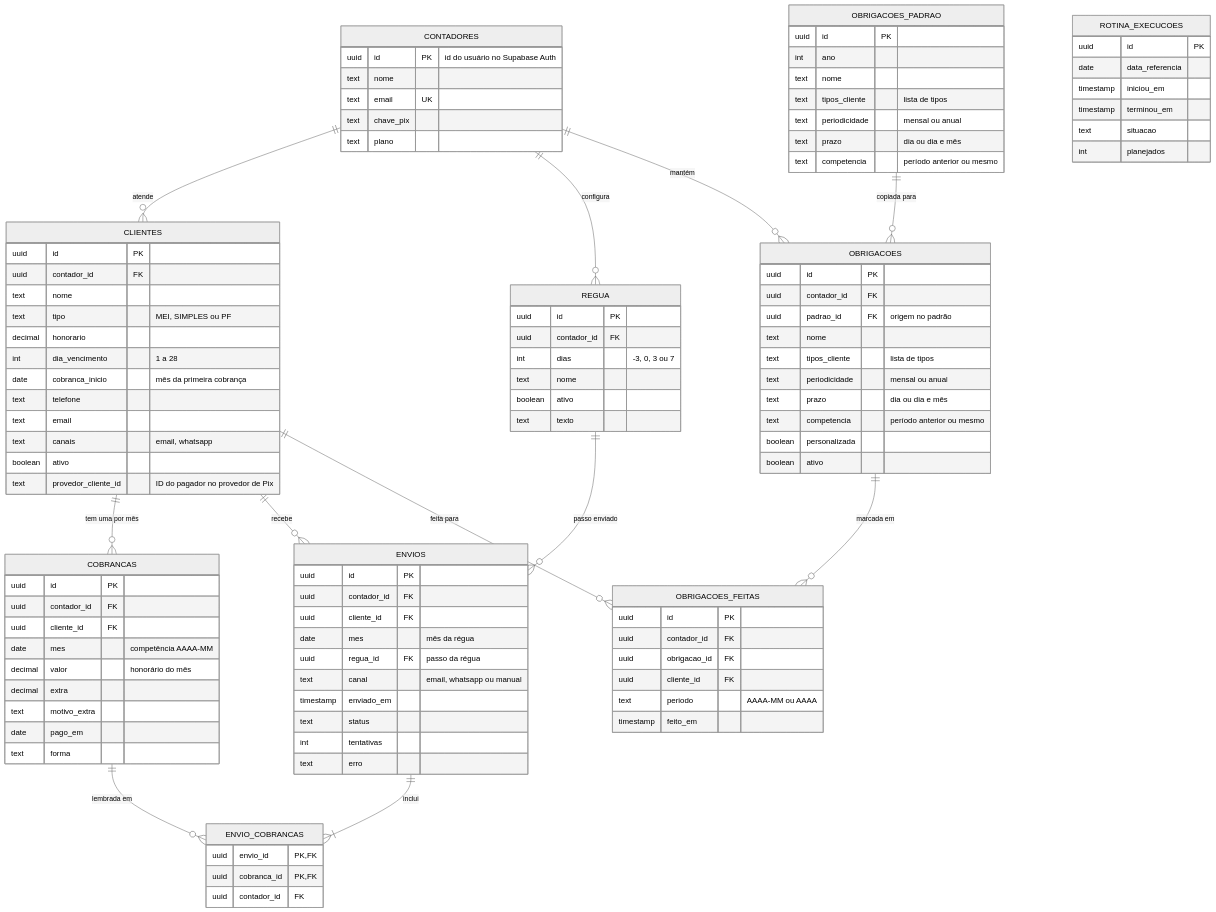
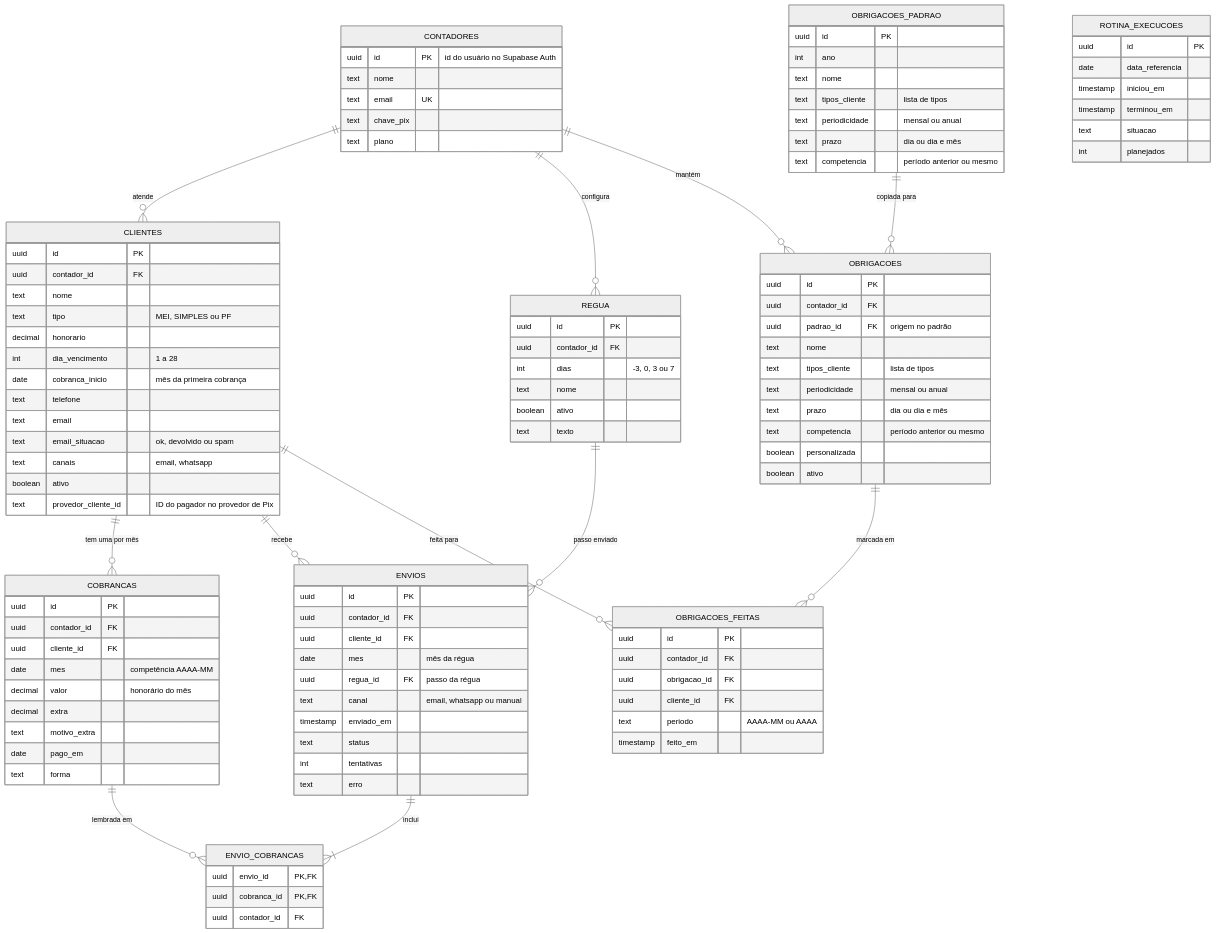
Before and after one commit to 77mdias/neximob: the second of 2 diagrams in docs/SRS.md, drawn with Mermaid (neutral theme). The commit also changed other lines of this file and 5 other files, not shown here.

```diff
--- a/docs/SRS.md
+++ b/docs/SRS.md
@@ -668,6 +671,7 @@
         date cobranca_inicio "mês da primeira cobrança"
         text telefone
         text email
+        text email_situacao "ok, devolvido ou spam"
         text canais "email, whatsapp"
         boolean ativo
         text provedor_cliente_id "ID do pagador no provedor de Pix"
```
